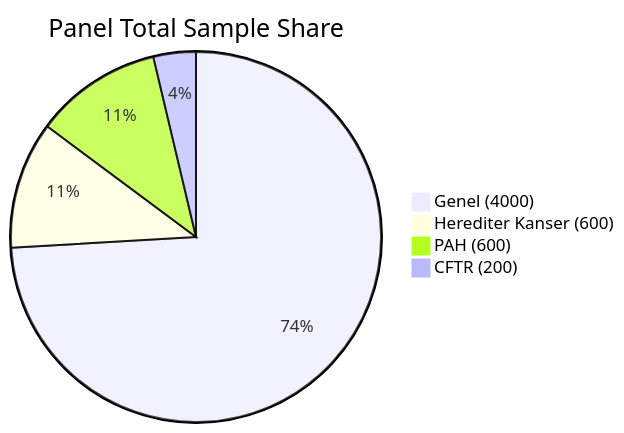
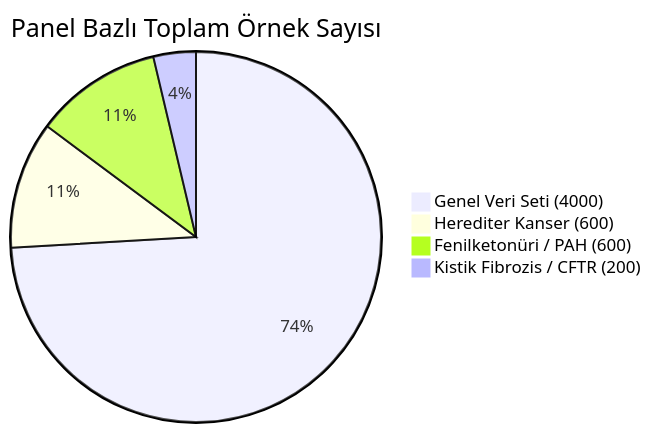
Before and after one commit to msgxr/VARIANT-GNN: the seventh of 11 diagrams in README.md, drawn with Mermaid. The commit also changed other lines of this file, not shown here.

````diff
--- a/README.md
+++ b/README.md
@@ -199,7 +295,7 @@
 ```mermaid
-pie title Panel Total Sample Share
-    "Genel (4000)" : 4000
+pie title Panel Bazlı Toplam Örnek Sayısı
+    "Genel Veri Seti (4000)" : 4000
     "Herediter Kanser (600)" : 600
-    "PAH (600)" : 600
-    "CFTR (200)" : 200
+    "Fenilketonüri / PAH (600)" : 600
+    "Kistik Fibrozis / CFTR (200)" : 200
 ```
````
